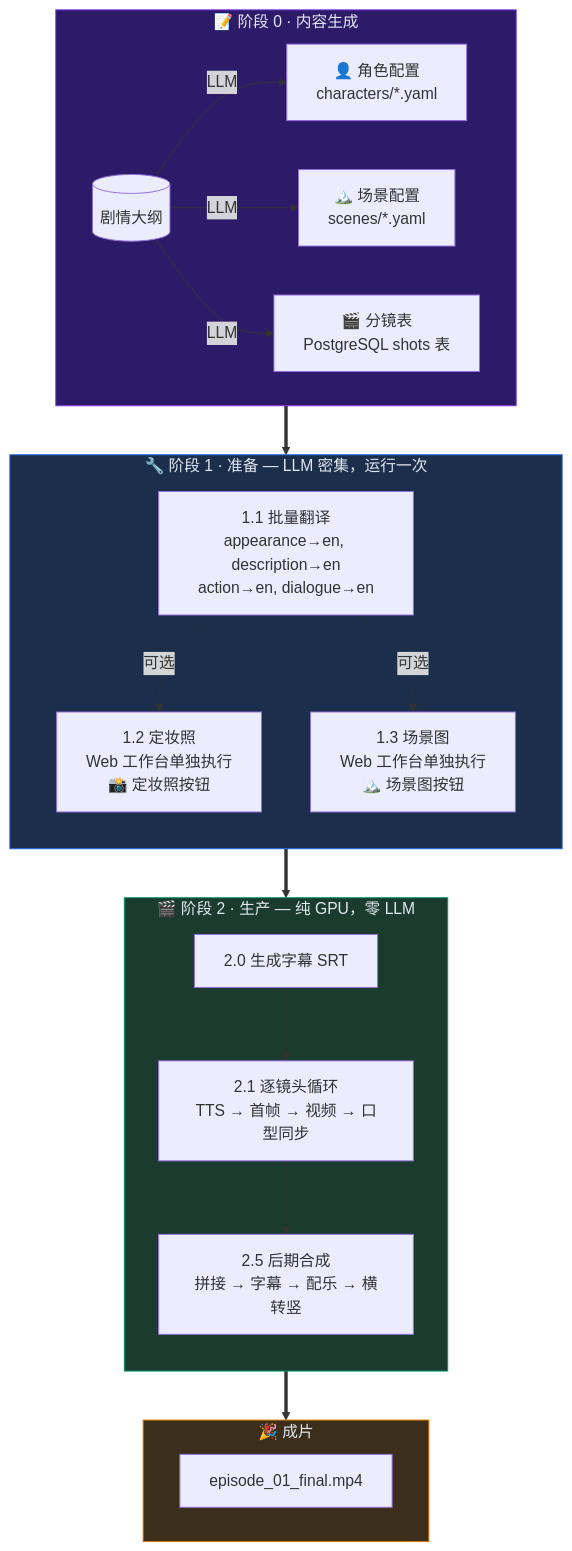
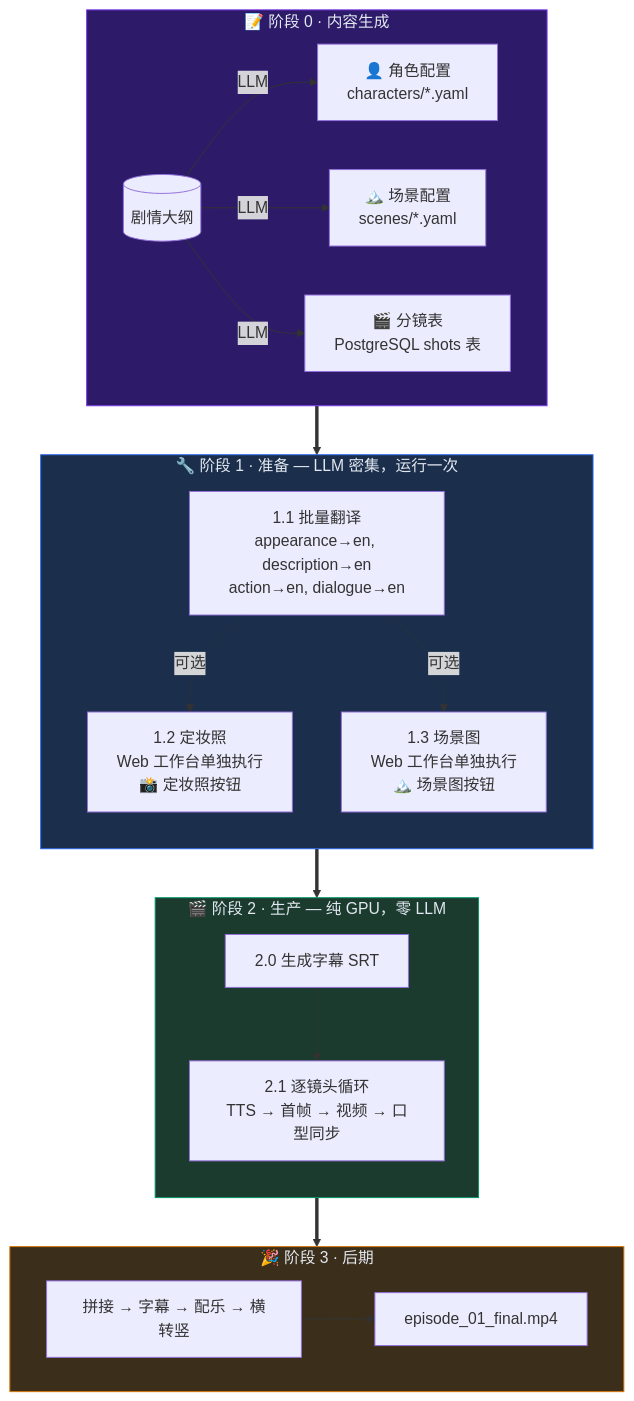
One commit to brother2050/ai-drama-pipeline changed the first of 12 diagrams in docs/pipeline.md. Above: the diagram before and after it, drawn with Mermaid. The commit also changed other lines of this file, not shown here.

Commit message:
docs: update pipeline.md — reflect new stage separation (prepare/produce/post)

````diff
--- a/docs/pipeline.md
+++ b/docs/pipeline.md
@@ -9,36 +9,37 @@
 ```mermaid
 flowchart TB
     subgraph S0["📝 阶段 0 · 内容生成"]
         outline[("剧情大纲")] -->|LLM| gen_chars["👤 角色配置<br/>characters/*.yaml"]
         outline -->|LLM| gen_scenes["🏔️ 场景配置<br/>scenes/*.yaml"]
         outline -->|LLM| gen_sb["🎬 分镜表<br/>PostgreSQL shots 表"]
     end
 
     subgraph S1["🔧 阶段 1 · 准备 — LLM 密集，运行一次"]
         direction TB
         t["1.1 批量翻译<br/>appearance→en, description→en<br/>action→en, dialogue→en"]
         p["1.2 定妆照<br/>Web 工作台单独执行<br/>📸 定妆照按钮"]
         si["1.3 场景图<br/>Web 工作台单独执行<br/>🏔️ 场景图按钮"]
         t -.->|"可选"| p
         t -.->|"可选"| si
     end
 
     subgraph S2["🎬 阶段 2 · 生产 — 纯 GPU，零 LLM"]
         direction TB
         sub["2.0 生成字幕 SRT"]
         loop["2.1 逐镜头循环<br/>TTS → 首帧 → 视频 → 口型同步"]
-        post["2.5 后期合成<br/>拼接 → 字幕 → 配乐 → 横转竖"]
-        sub --> loop --> post
+        sub --> loop
     end
 
-    subgraph S3["🎉 成片"]
+    subgraph S3["🎉 阶段 3 · 后期"]
+        post2["拼接 → 字幕 → 配乐 → 横转竖"]
         final["episode_01_final.mp4"]
+        post2 --> final
     end
 
     S0 ==> S1 ==> S2 ==> S3
 
     style S0 fill:#2d1b69,stroke:#7c3aed,color:#e2e8f0
     style S1 fill:#1b2e4b,stroke:#2563eb,color:#e2e8f0
     style S2 fill:#1b3b2e,stroke:#059669,color:#e2e8f0
     style S3 fill:#3b2e1b,stroke:#d97706,color:#e2e8f0
 ```
````
